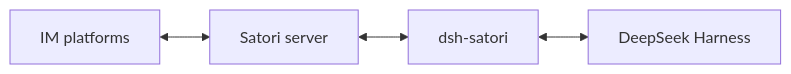
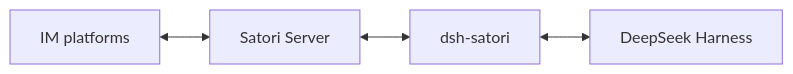
One commit to Ri0n72Y/dsh-satori changed the first of 2 diagrams in README.md. Above: the diagram before and after it, drawn with Mermaid. The commit also changed other lines of this file, not shown here.

````diff
--- a/README.md
+++ b/README.md
@@ -9,6 +11,6 @@
 ```mermaid
 flowchart LR
-    IM[IM platforms] <--> Satori[Satori server]
+    IM[IM platforms] <--> Satori[Satori Server]
     Satori <--> Plugin[dsh-satori]
     Plugin <--> DSH[DeepSeek Harness]
 ```
````
